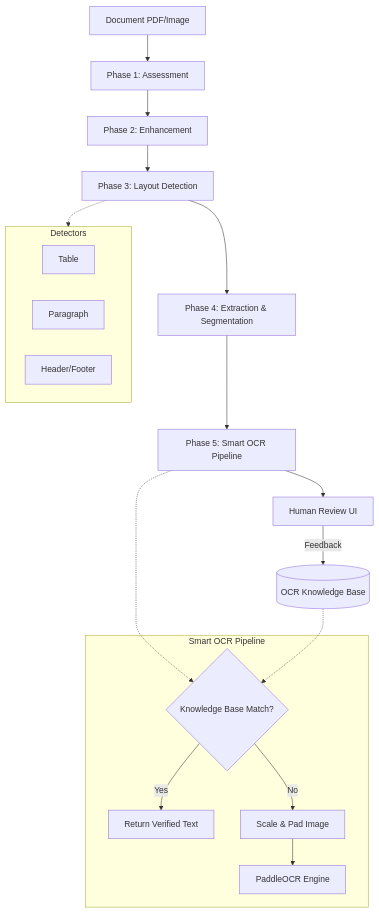
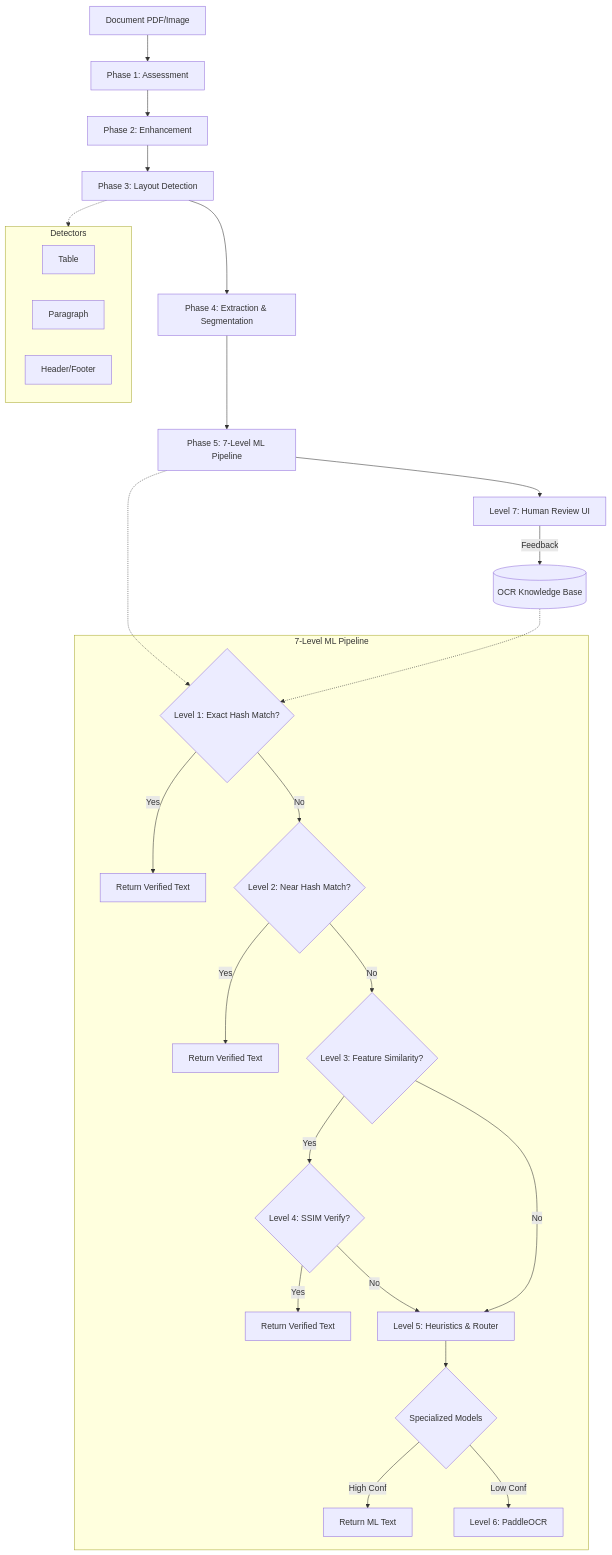
One commit to gurudevkumar51/piply-opdf changed the diagram in README.md. Above: the diagram before and after it, drawn with Mermaid. The commit also changed other lines of this file and 37 other files, not shown here.

````diff
--- a/README.md
+++ b/README.md
@@ -72,28 +72,36 @@
 ```mermaid
 flowchart TD
     A[Document PDF/Image] --> B[Phase 1: Assessment]
     B --> C[Phase 2: Enhancement]
     C --> D[Phase 3: Layout Detection]
     
     subgraph Detectors
         D1[Table]
         D2[Paragraph]
         D3[Header/Footer]
     end
     D -.-> Detectors
     
     D --> E[Phase 4: Extraction & Segmentation]
-    E --> F[Phase 5: Smart OCR Pipeline]
+    E --> F[Phase 5: 7-Level ML Pipeline]
     
-    subgraph Smart OCR Pipeline
-        F1{Knowledge Base Match?}
+    subgraph 7-Level ML Pipeline
+        F1{Level 1: Exact Hash Match?}
         F1 -- Yes --> F2[Return Verified Text]
-        F1 -- No --> F3[Scale & Pad Image]
-        F3 --> F4[PaddleOCR Engine]
+        F1 -- No --> F3{Level 2: Near Hash Match?}
+        F3 -- Yes --> F4[Return Verified Text]
+        F3 -- No --> F5{Level 3: Feature Similarity?}
+        F5 -- Yes --> F6{Level 4: SSIM Verify?}
+        F6 -- Yes --> F7[Return Verified Text]
+        F6 -- No --> F8[Level 5: Heuristics & Router]
+        F5 -- No --> F8
+        F8 --> F9{Specialized Models}
+        F9 -- High Conf --> F10[Return ML Text]
+        F9 -- Low Conf --> F11[Level 6: PaddleOCR]
     end
     F -.-> F1
     
-    F --> G[Human Review UI]
+    F --> G[Level 7: Human Review UI]
     G -- Feedback --> H[(OCR Knowledge Base)]
     H -.-> F1
 ```
````
